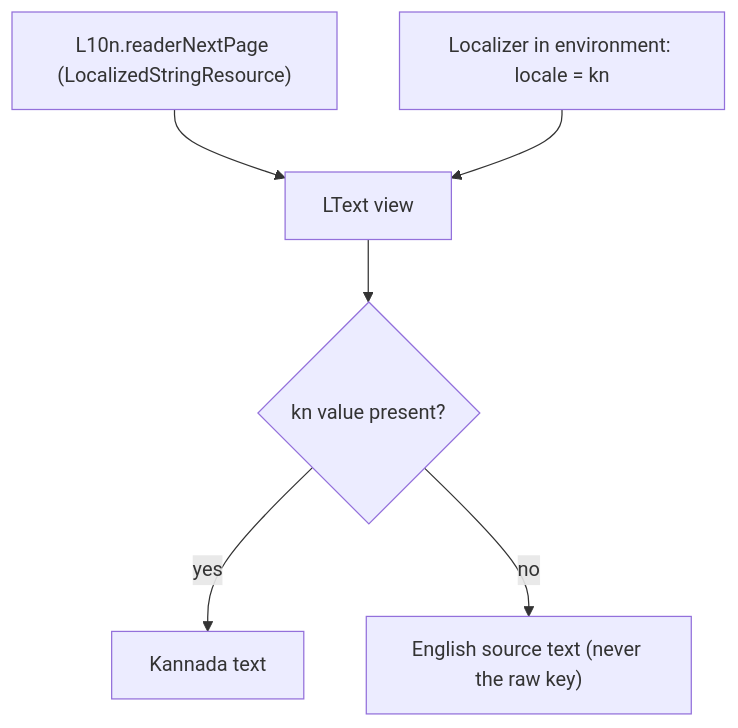
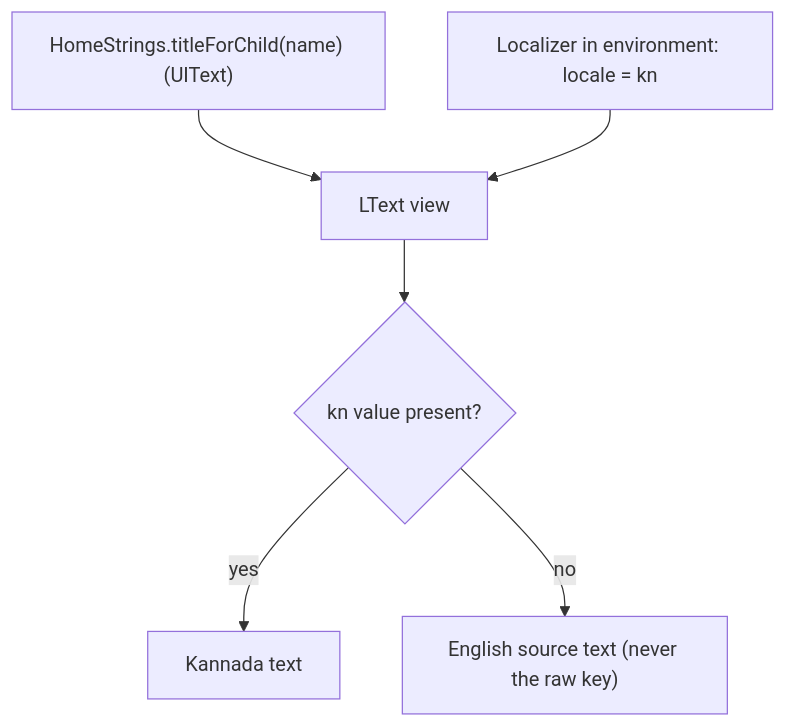
Before and after one commit to shivayogih/LittleStory-iOS: the ninth of 15 diagrams in docs/architecture/low-level-design.md, drawn with Mermaid. The commit also changed other lines of this file and 51 other files, not shown here.

````diff
--- a/docs/architecture/low-level-design.md
+++ b/docs/architecture/low-level-design.md
@@ -717,8 +719,8 @@
 ```mermaid
 flowchart TB
-    Key["L10n.readerNextPage (LocalizedStringResource)"] --> LText["LText view"]
+    Key["HomeStrings.titleForChild(name) (UIText)"] --> LText["LText view"]
     Env["Localizer in environment: locale = kn"] --> LText
     LText --> Lookup{"kn value present?"}
     Lookup -->|"yes"| KN["Kannada text"]
     Lookup -->|"no"| EN["English source text (never the raw key)"]
 ```
````
